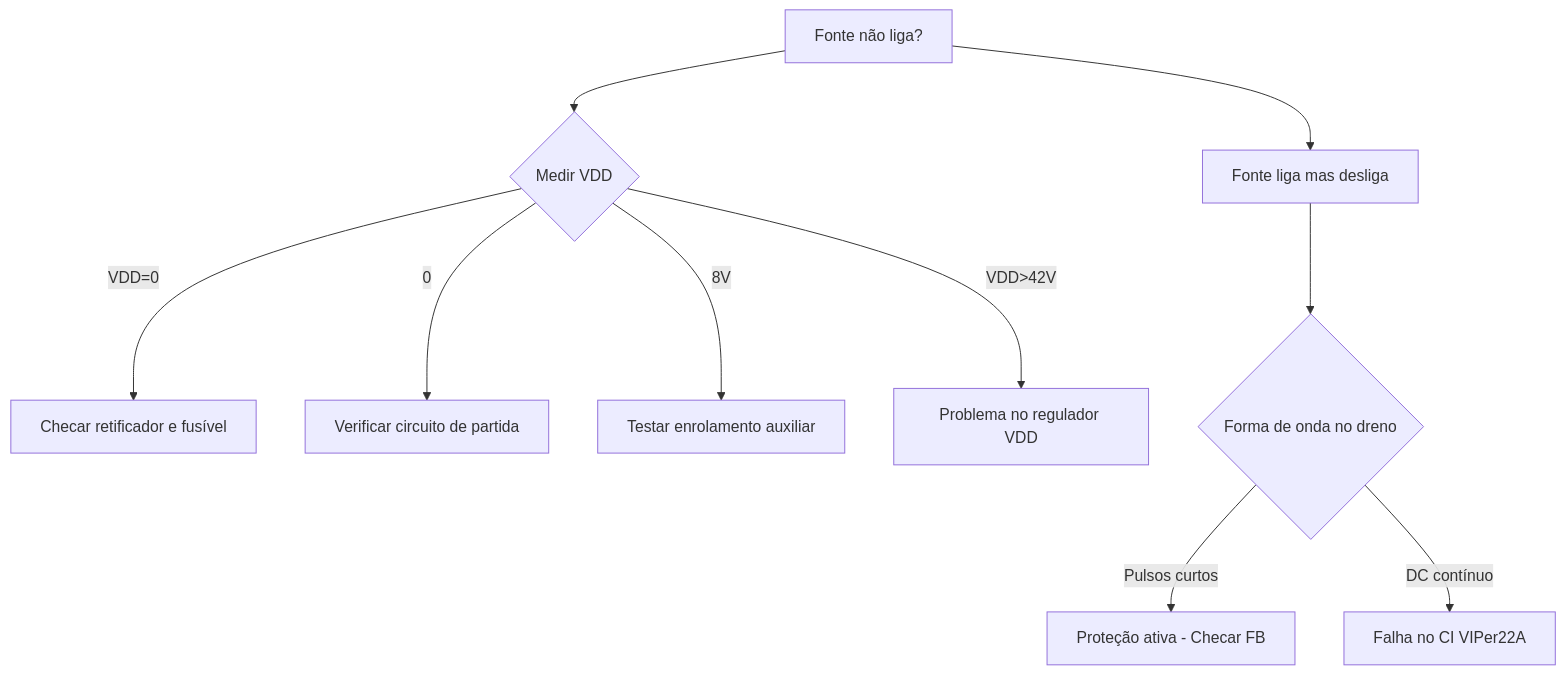
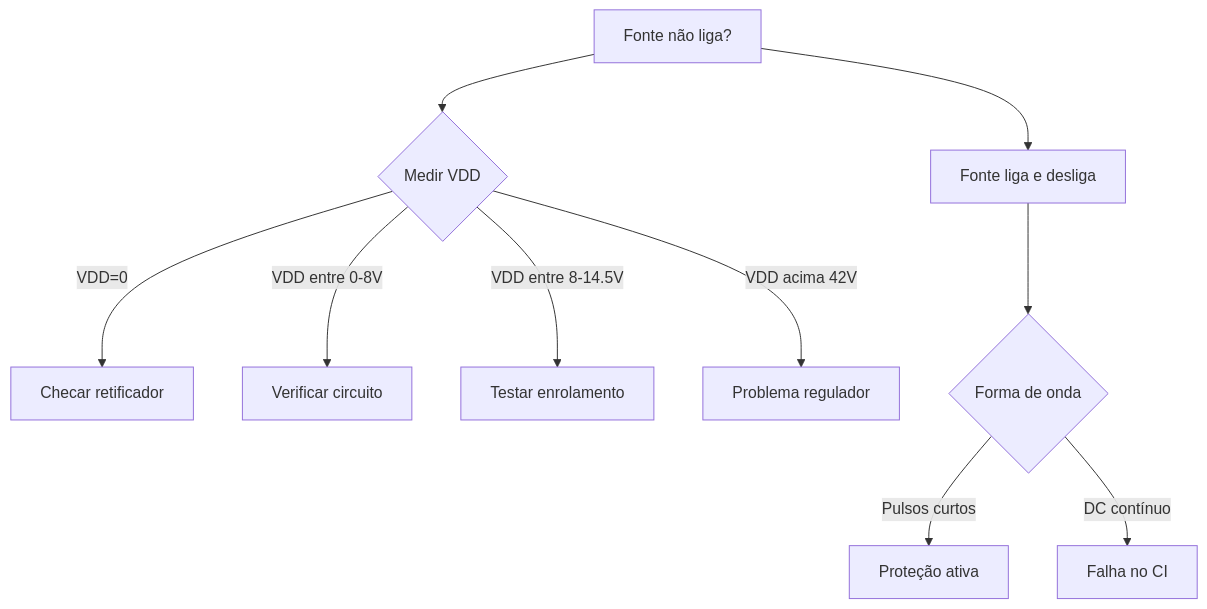
Before and after one commit to alexabreup/ic2025-senai: the second of 2 diagrams in flyback-project/content/blog/analise-de-erros_viper22_090525.md, drawn with Mermaid. The commit also changed other lines of this file and 18 other files, not shown here.

````diff
--- a/flyback-project/content/blog/analise-de-erros_viper22_090525.md
+++ b/flyback-project/content/blog/analise-de-erros_viper22_090525.md
@@ -153,11 +148,12 @@
 ```mermaid
-graph TD
-    A[Fonte não liga?] --> B{Medir VDD}
-    B -->|VDD=0| C[Checar retificador e fusível]
-    B -->|0<VDD<8V| D[Verificar circuito de partida]
-    B -->|8V<VDD<14.5V| E[Testar enrolamento auxiliar]
-    B -->|VDD>42V| F[Problema no regulador VDD]
-    A --> G[Fonte liga mas desliga] --> H{Forma de onda no dreno}
-    H -->|Pulsos curtos| I[Proteção ativa - Checar FB]
-    H -->|DC contínuo| J[Falha no CI VIPer22A]
+flowchart TD
+    A["Fonte não liga?"] --> B{"Medir VDD"}
+    B -->|"VDD=0"| C["Checar retificador"]
+    B -->|"VDD entre 0-8V"| D["Verificar circuito"]
+    B -->|"VDD entre 8-14.5V"| E["Testar enrolamento"]
+    B -->|"VDD acima 42V"| F["Problema regulador"]
+    A --> G["Fonte liga e desliga"]
+    G --> H{"Forma de onda"}
+    H -->|"Pulsos curtos"| I["Proteção ativa"]
+    H -->|"DC contínuo"| J["Falha no CI"]
 ```
````
